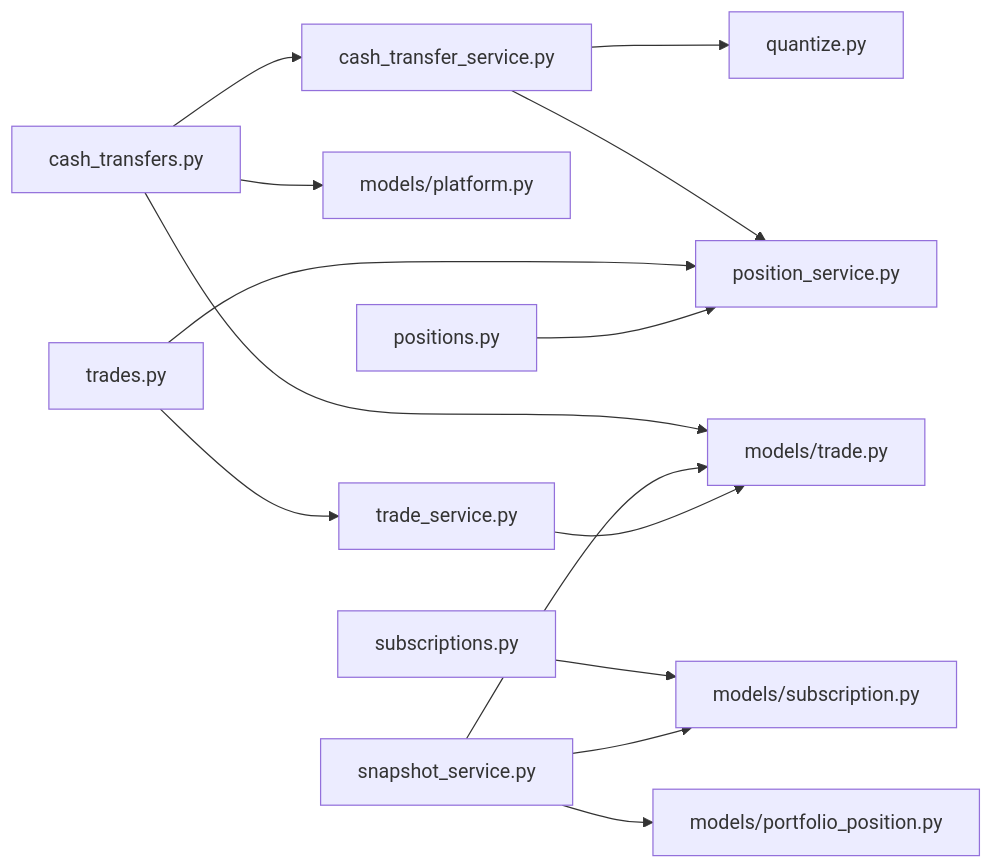
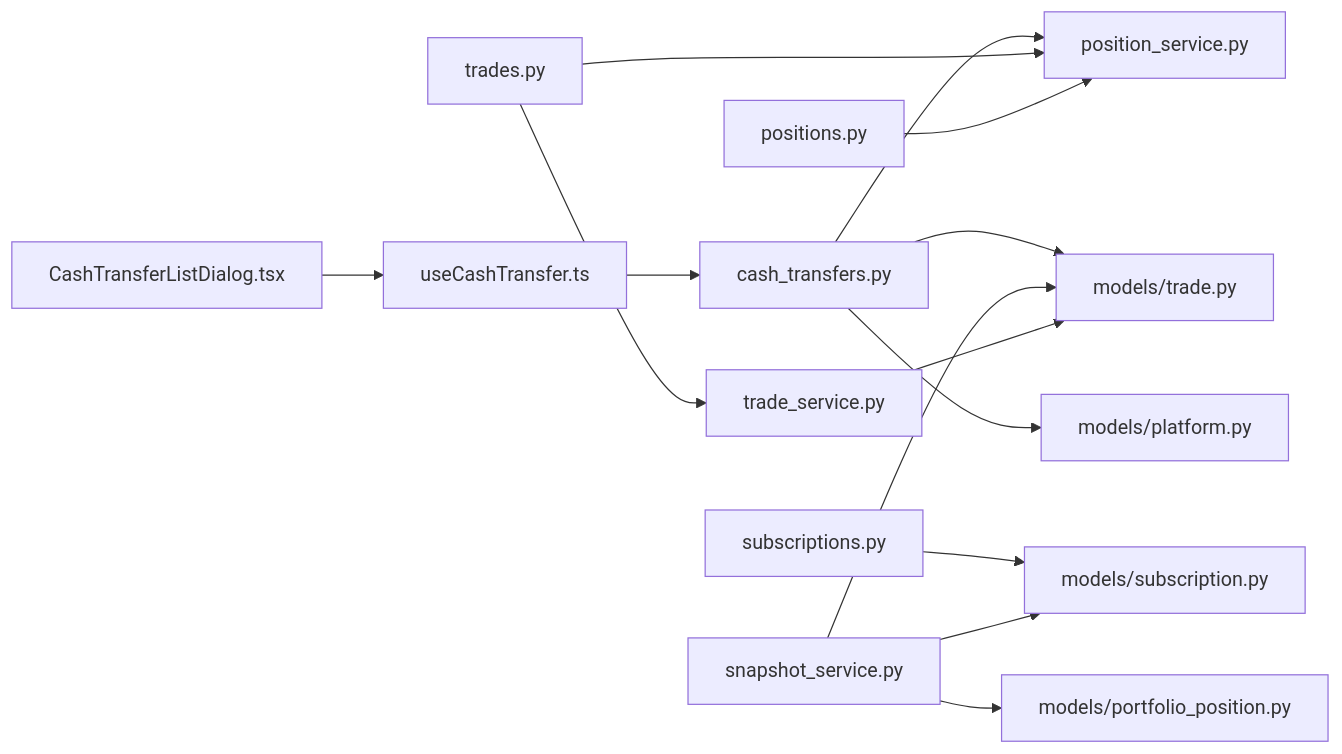
The ninth of 9 diagrams in .qoder/repowiki/zh/content/核心业务功能/平台间现金转移系统.md (gujialind/InvestRing), drawn with Mermaid before and after one commit. The commit also changed other lines of this file and 64 other files, not shown here.

````diff
--- a/.qoder/repowiki/zh/content/核心业务功能/平台间现金转移系统.md
+++ b/.qoder/repowiki/zh/content/核心业务功能/平台间现金转移系统.md
@@ -441,16 +444,16 @@
 ```mermaid
 graph LR
-CT["cash_transfers.py"] --> CS["cash_transfer_service.py"]
-CS --> QZ["quantize.py"]
-CS --> PS["position_service.py"]
+CT["cash_transfers.py"] --> PS["position_service.py"]
 CT --> TM["models/trade.py"]
 CT --> PL["models/platform.py"]
 TR["trades.py"] --> PS
 TR --> TS["trade_service.py"]
 SB["subscriptions.py"] --> SM["models/subscription.py"]
 PP["positions.py"] --> PS
 SS["snapshot_service.py"] --> TM
 SS --> SM
 SS --> PO["models/portfolio_position.py"]
 TS --> TM
+F3["CashTransferListDialog.tsx"] --> F2["useCashTransfer.ts"]
+F2 --> CT
 ```
````
